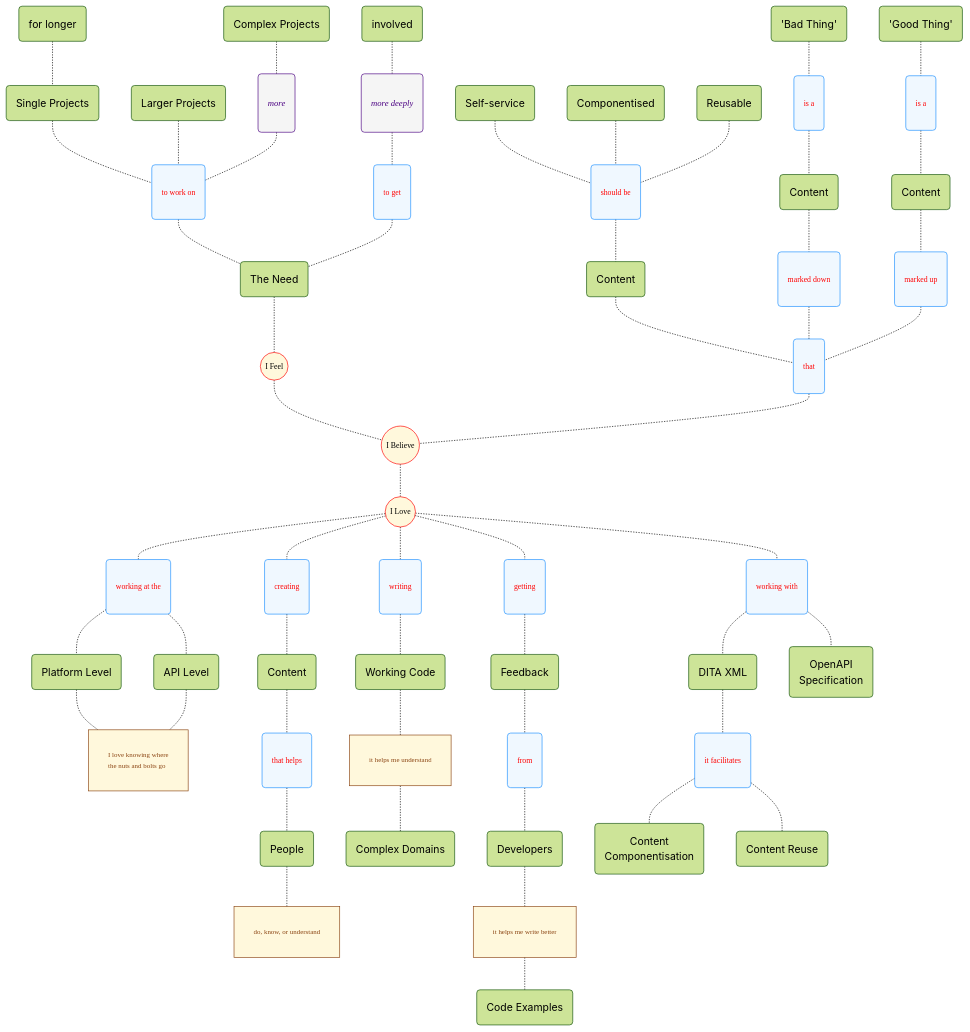
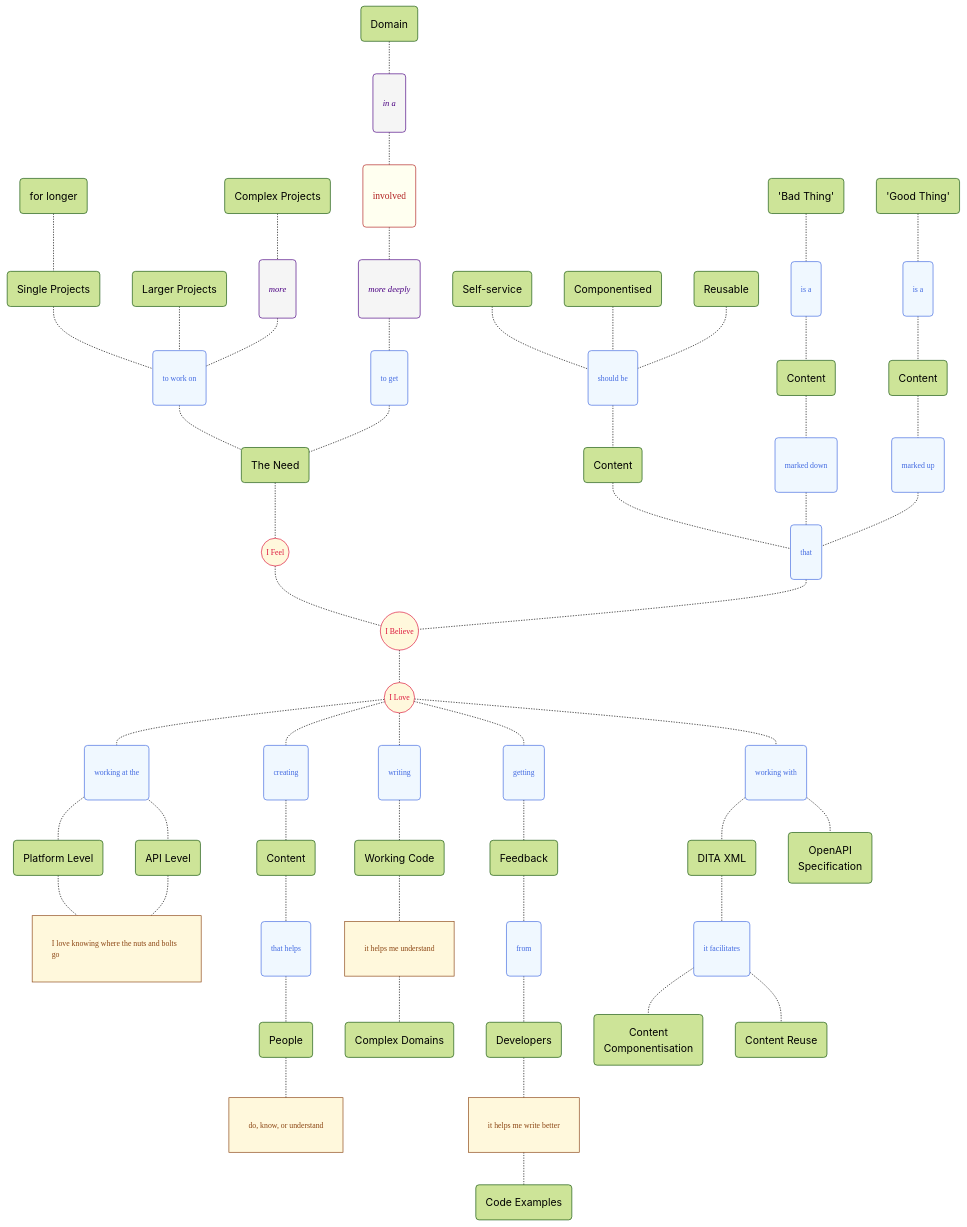
Before and after one commit to joe-dorward/samples: the diagram in my_mindmap_02.md, drawn with Mermaid.

````diff
--- a/my_mindmap_02.md
+++ b/my_mindmap_02.md
@@ -1,25 +1,29 @@
 ```mermaid
 %%{init: { "theme":"forest" } }%%
 flowchart TD
-  classDef Start fill:cornsilk, stroke:red, font-family:verdana, font-size:9pt;
-  classDef Verb fill:aliceblue, color:red, stroke:dodgerblue, font-family:verdana, font-size:9pt, padding:0px 4px;
+  classDef Start fill:cornsilk, color:crimson, stroke:crimson, font-family:verdana, font-size:9pt;
+  classDef Verb fill:aliceblue, color:royalblue, stroke:royalblue, font-family:verdana, font-size:9pt, padding:0px 4px;
   classDef Adverb fill:whitesmoke, color:indigo, stroke:indigo, font-family:verdana, font-size:10pt, font-style:italic, padding:0px 4px;
-  classDef Note fill:cornsilk, stroke:saddlebrown, color:saddlebrown, font-family:verdana, font-size:8pt, text-align:left, padding:0px 4px;
+  classDef Adjective fill:ivory, color:firebrick, stroke:firebrick, font-family:verdana, font-size:11pt, padding:0px 4px;
+  classDef Note fill:cornsilk, stroke:saddlebrown, color:saddlebrown, font-family:verdana, font-size:9pt, text-align:left, padding:0px 4px;
 
   SINGLE_PROJECTS("Single Projects")
   LARGER_PROJECTS("Larger Projects")
   COMPLEX_PROJECTS("Complex Projects")
+  DOMAIN("Domain")
 
   TO_WORK_ON("to work on")
   FOR_LONGER("for longer")
   TO_GET("to get")
   INVOLVED("involved")
+  IN_A("in a")
 
   MORE("more")
   MORE_DEEPLY("more deeply")
 
   class TO_WORK_ON,TO_GET Verb;
-  class MORE,MORE_DEEPLY Adverb;
+  class MORE,MORE_DEEPLY,IN_A Adverb;
+  class INVOLVED Adjective;
 
   %%WORK_ON("work on")
   %%MORE_TIME("More Time")
@@ -32,15 +36,13 @@
   THE_NEED("The Need")
   I_FEEL(("I Feel")):::Start
 
-  %%class TO_1,TO_2,WORK_ON,WORKING_ON,TO_SPEND_1,TO_WORK_ON Verb;
 
   FOR_LONGER-.-SINGLE_PROJECTS-.-TO_WORK_ON-.-THE_NEED-.-I_FEEL
   LARGER_PROJECTS-.-TO_WORK_ON
   COMPLEX_PROJECTS-.-MORE-.-TO_WORK_ON
 
-  INVOLVED-.-MORE_DEEPLY-.-TO_GET-.-THE_NEED
+  DOMAIN-.-IN_A-.-INVOLVED-.-MORE_DEEPLY-.-TO_GET-.-THE_NEED
 
-  %%A_SINGLE_PROJECT-.-WORKING_ON-.-MORE_TIME-.-TO_SPEND_1-.-THE_NEED-.-
   I_FEEL-.-I_BELIEVE
   %% ----------
 
@@ -84,7 +86,7 @@
   WORKING_AT_THE("working at the")
   PLATFORM_LEVEL("Platform Level")
   API_LEVEL("API Level")
-  LOVE_KNOWING_NUTS_AND_BOLTS["I love knowing where<br/>the nuts and bolts go"]
+  LOVE_KNOWING_NUTS_AND_BOLTS["I love knowing where the nuts and bolts go"]
 
   class WORKING_AT_THE Verb;
   class LOVE_KNOWING_NUTS_AND_BOLTS Note;
````
